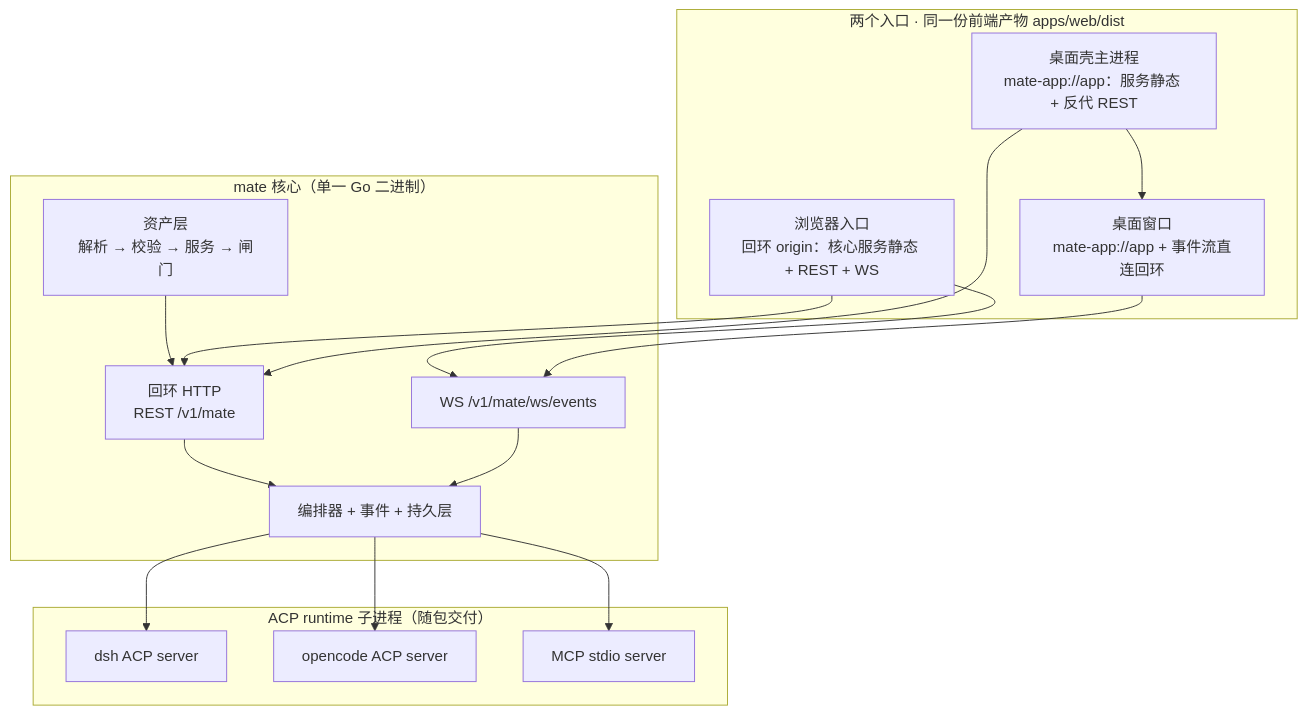
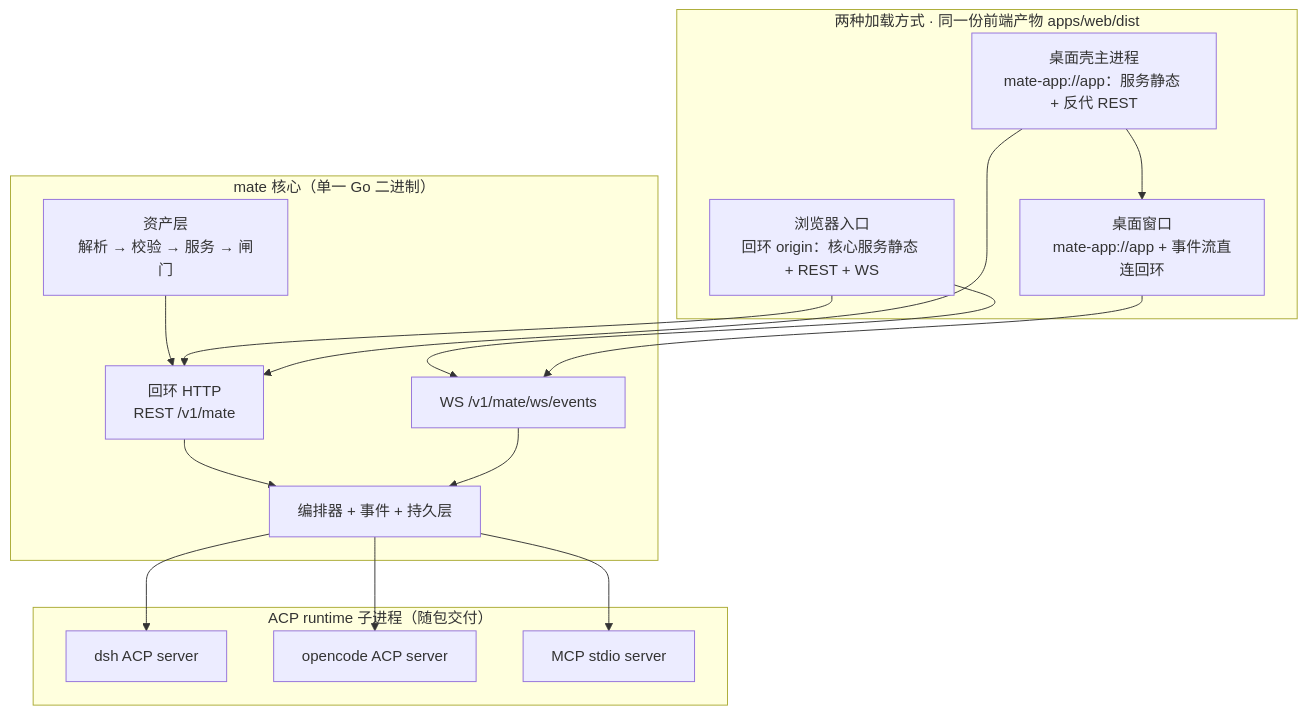
Before and after one commit to morehao/ark-mate: the first of 3 diagrams in docs/desktop-architecture-design-20260928.md, drawn with Mermaid. The commit also changed other lines of this file and 41 other files, not shown here.

````diff
--- a/docs/desktop-architecture-design-20260928.md
+++ b/docs/desktop-architecture-design-20260928.md
@@ -137,30 +155,30 @@
 ```mermaid
 graph TB
   subgraph Core["mate 核心（单一 Go 二进制）"]
     HTTP["回环 HTTP<br>REST /v1/mate"]
     WS["WS /v1/mate/ws/events"]
     ASSET["资产层<br>解析 → 校验 → 服务 → 闸门"]
     ORCH["编排器 + 事件 + 持久层"]
     HTTP --> ORCH
     WS --> ORCH
     ASSET --> HTTP
   end
-  subgraph Entries["两个入口 · 同一份前端产物 apps/web/dist"]
+  subgraph Entries["两种加载方式 · 同一份前端产物 apps/web/dist"]
     B["浏览器入口<br>回环 origin：核心服务静态 + REST + WS"]
     SH["桌面壳主进程<br>mate-app://app：服务静态 + 反代 REST"]
     D["桌面窗口<br>mate-app://app + 事件流直连回环"]
   end
   subgraph Runtimes["ACP runtime 子进程（随包交付）"]
     DSH["dsh ACP server"]
     OC["opencode ACP server"]
     MCP["MCP stdio server"]
   end
   B --> HTTP
   B --> WS
   SH --> D
   SH --> HTTP
   D --> WS
   ORCH --> DSH
   ORCH --> OC
   ORCH --> MCP
 ```
````
